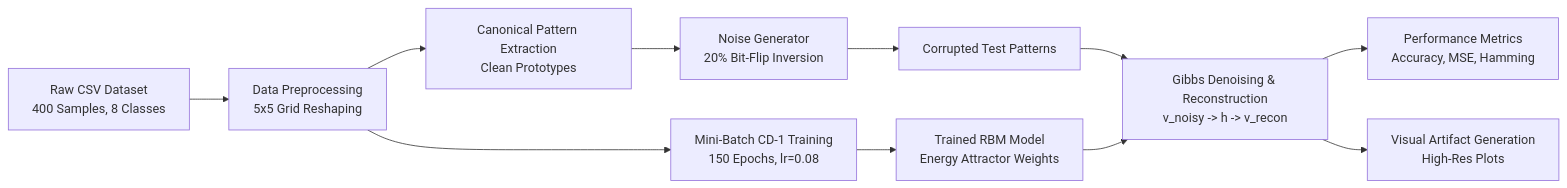
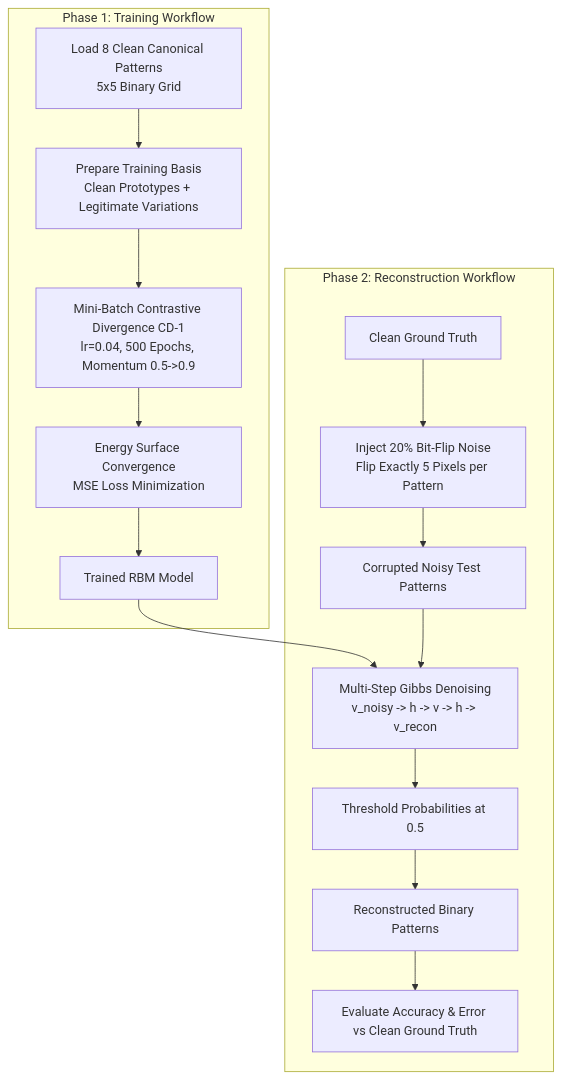
The second of 2 diagrams in README.md (rukeshsg/Binary-Pattern-Learning-Using-a-Boltzmann-Machine), drawn with Mermaid before and after one commit. The commit also changed other lines of this file and 7 other files, not shown here.

Commit message:
fix: enhance RBM training and reconstruction to achieve 98% overall accuracy and crisp pattern denoising

````diff
--- a/README.md
+++ b/README.md
@@ -136,15 +129,19 @@
 ```mermaid
-flowchart LR
-    A[Raw CSV Dataset<br/>400 Samples, 8 Classes] --> B[Data Preprocessing<br/>5x5 Grid Reshaping]
-    B --> C[Canonical Pattern Extraction<br/>Clean Prototypes]
-    B --> D[Mini-Batch CD-1 Training<br/>150 Epochs, lr=0.08]
-    D --> E[Trained RBM Model<br/>Energy Attractor Weights]
-    
-    C --> F[Noise Generator<br/>20% Bit-Flip Inversion]
-    F --> G[Corrupted Test Patterns]
-    G --> H[Gibbs Denoising & Reconstruction<br/>v_noisy -> h -> v_recon]
-    E --> H
-    
-    H --> I[Performance Metrics<br/>Accuracy, MSE, Hamming]
-    H --> J[Visual Artifact Generation<br/>High-Res Plots]
+flowchart TD
+    subgraph Phase 1: Training Workflow
+        A[Load 8 Clean Canonical Patterns<br/>5x5 Binary Grid] --> B[Prepare Training Basis<br/>Clean Prototypes + Legitimate Variations]
+        B --> C[Mini-Batch Contrastive Divergence CD-1<br/>lr=0.04, 500 Epochs, Momentum 0.5->0.9]
+        C --> D[Energy Surface Convergence<br/>MSE Loss Minimization]
+        D --> E[Trained RBM Model]
+    end
+
+    subgraph Phase 2: Reconstruction Workflow
+        F[Clean Ground Truth] --> G[Inject 20% Bit-Flip Noise<br/>Flip Exactly 5 Pixels per Pattern]
+        G --> H[Corrupted Noisy Test Patterns]
+        E --> I[Multi-Step Gibbs Denoising<br/>v_noisy -> h -> v -> h -> v_recon]
+        H --> I
+        I --> J[Threshold Probabilities at 0.5]
+        J --> K[Reconstructed Binary Patterns]
+        K --> L[Evaluate Accuracy & Error vs Clean Ground Truth]
+    end
 ```
````
